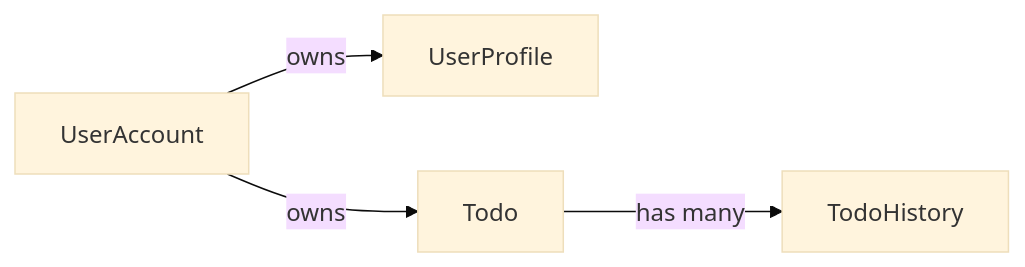
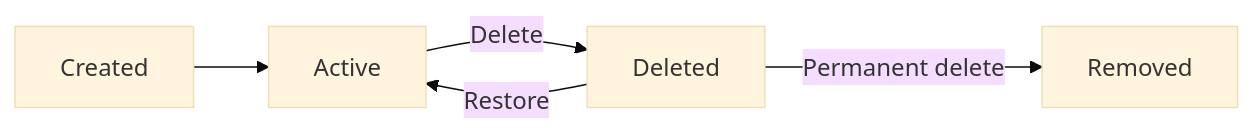
The fifth of 8 diagrams in openai/gpt-5.4-mini/todo/docs/analysis/02-domain-model.md (wrtnlabs/autobe-examples), drawn with Mermaid (base theme) before and after one commit. The commit also changed other lines of this file and 6645 other files, not shown here.

````diff
--- a/openai/gpt-5.4-mini/todo/docs/analysis/02-domain-model.md
+++ b/openai/gpt-5.4-mini/todo/docs/analysis/02-domain-model.md
@@ -208,6 +144,7 @@
 ```mermaid
 flowchart LR
-    A["UserAccount"] -->|"owns"| B["UserProfile"]
-    A -->|"owns"| C["Todo"]
-    C -->|"has many"| D["TodoHistory"]
+    A["Created"] --> B["Active"]
+    B -->|"Delete"| C["Deleted"]
+    C -->|"Restore"| B
+    C -->|"Permanent delete"| D["Removed"]
 ```
````
